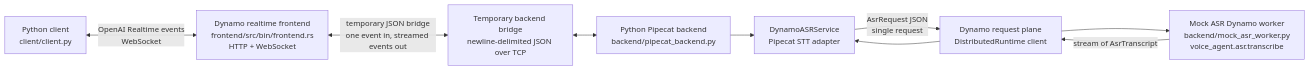
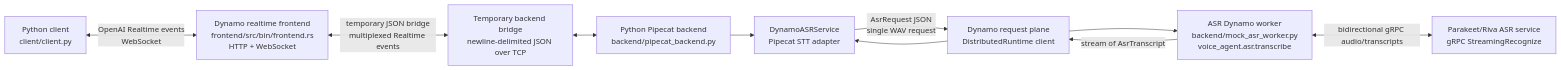
Before and after one commit to nealvaidya/dynamo: the first of 3 diagrams in examples/voice_agent/ARCHITECTURE.md, drawn with Mermaid. The commit also changed other lines of this file and 6 other files, not shown here.

Commit message:
Wire voice agent streaming ASR pipeline

````diff
--- a/examples/voice_agent/ARCHITECTURE.md
+++ b/examples/voice_agent/ARCHITECTURE.md
@@ -17,19 +17,21 @@
 ```mermaid
 flowchart LR
     client["Python client<br/>client/client.py"]
     ws["Dynamo realtime frontend<br/>frontend/src/bin/frontend.rs<br/>HTTP + WebSocket"]
     bridge["Temporary backend bridge<br/>newline-delimited JSON over TCP"]
     pipecat["Python Pipecat backend<br/>backend/pipecat_backend.py"]
     asr_client["DynamoASRService<br/>Pipecat STT adapter"]
     runtime["Dynamo request plane<br/>DistributedRuntime client"]
-    worker["Mock ASR Dynamo worker<br/>backend/mock_asr_worker.py<br/>voice_agent.asr.transcribe"]
+    worker["ASR Dynamo worker<br/>backend/mock_asr_worker.py<br/>voice_agent.asr.transcribe"]
+    riva["Parakeet/Riva ASR service<br/>gRPC StreamingRecognize"]
 
     client <--> |"OpenAI Realtime events<br/>WebSocket"| ws
-    ws <--> |"temporary JSON bridge<br/>one event in, streamed events out"| bridge
+    ws <--> |"temporary JSON bridge<br/>multiplexed Realtime events"| bridge
     bridge <--> pipecat
     pipecat --> asr_client
-    asr_client --> |"AsrRequest JSON<br/>single request"| runtime
+    asr_client --> |"AsrRequest JSON<br/>single WAV request"| runtime
     runtime --> worker
+    worker <--> |"bidirectional gRPC audio/transcripts"| riva
     worker --> |"stream of AsrTranscript"| runtime
     runtime --> asr_client
 ```
````
